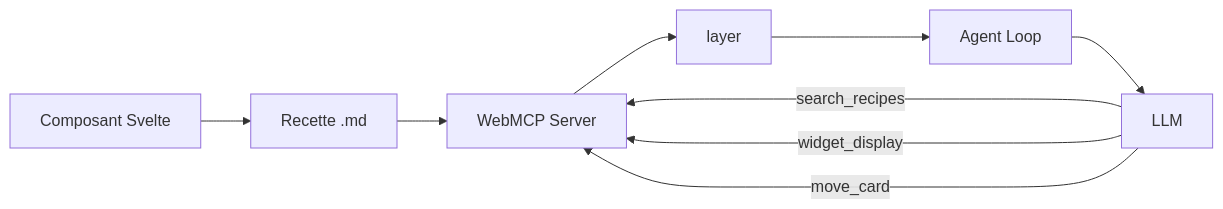
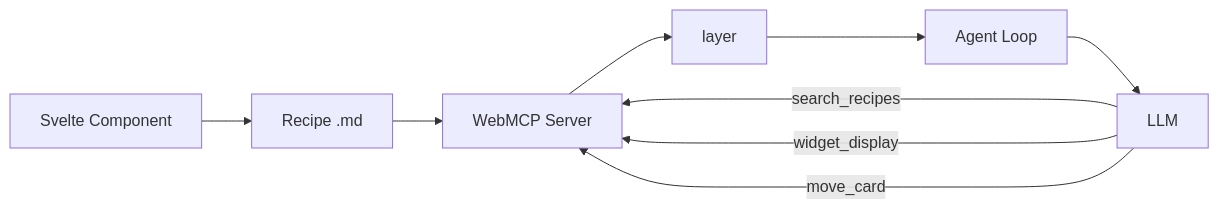
Before and after one commit to jeanbaptiste/webmcp-auto-ui: the first of 3 diagrams in docs/starlight/src/content/docs/tutorials/create-webmcp-server.mdx, drawn with Mermaid. The commit also changed other lines of this file and 94 other files, not shown here.

````diff
--- a/docs/starlight/src/content/docs/tutorials/create-webmcp-server.mdx
+++ b/docs/starlight/src/content/docs/tutorials/create-webmcp-server.mdx
@@ -24,11 +24,11 @@
 ```mermaid
 graph LR
-    Component[Composant Svelte] --> Recipe[Recette .md]
+    Component[Svelte Component] --> Recipe[Recipe .md]
     Recipe --> Server[WebMCP Server]
     Server --> Layer[layer]
     Layer --> Agent[Agent Loop]
     Agent --> LLM[LLM]
     LLM -->|search_recipes| Server
     LLM -->|widget_display| Server
     LLM -->|move_card| Server
 ```
````
